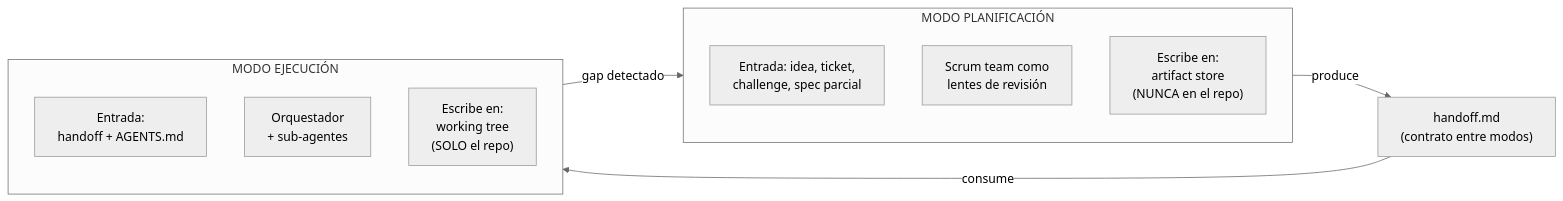
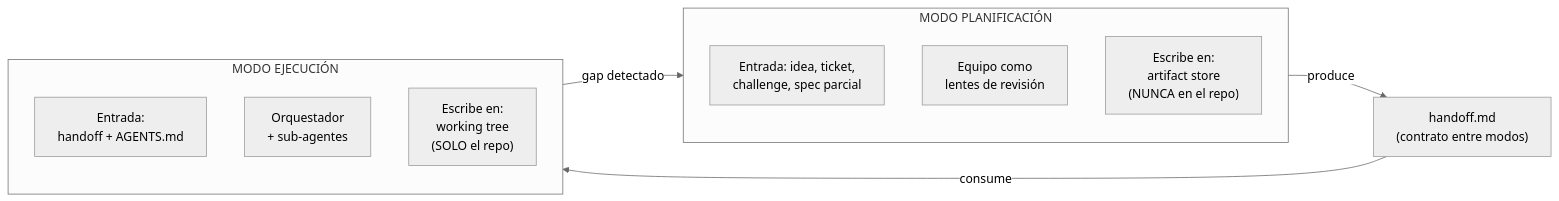
The second of 11 diagrams in docs/overview.md (virgenherrera/idea-to-mvp), drawn with Mermaid (neutral theme) before and after one commit. The commit also changed other lines of this file and 20 other files, not shown here.

````diff
--- a/docs/overview.md
+++ b/docs/overview.md
@@ -73,23 +73,23 @@
 ```mermaid
 %% Dos modos del framework y su interfaz
 flowchart LR
     subgraph PLAN["MODO PLANIFICACIÓN"]
         direction TB
         P1["Entrada: idea, ticket,\nchallenge, spec parcial"]
-        P2["Scrum team como\nlentes de revisión"]
+        P2["Equipo como\nlentes de revisión"]
         P3["Escribe en:\nartifact store\n(NUNCA en el repo)"]
     end
 
     HANDOFF["handoff.md\n(contrato entre modos)"]
 
     subgraph EXEC["MODO EJECUCIÓN"]
         direction TB
         E1["Entrada:\nhandoff + AGENTS.md"]
         E2["Orquestador\n+ sub-agentes"]
         E3["Escribe en:\nworking tree\n(SOLO el repo)"]
     end
 
     PLAN -->|"produce"| HANDOFF
     HANDOFF -->|"consume"| EXEC
     EXEC -->|"gap detectado"| PLAN
 ```
````
